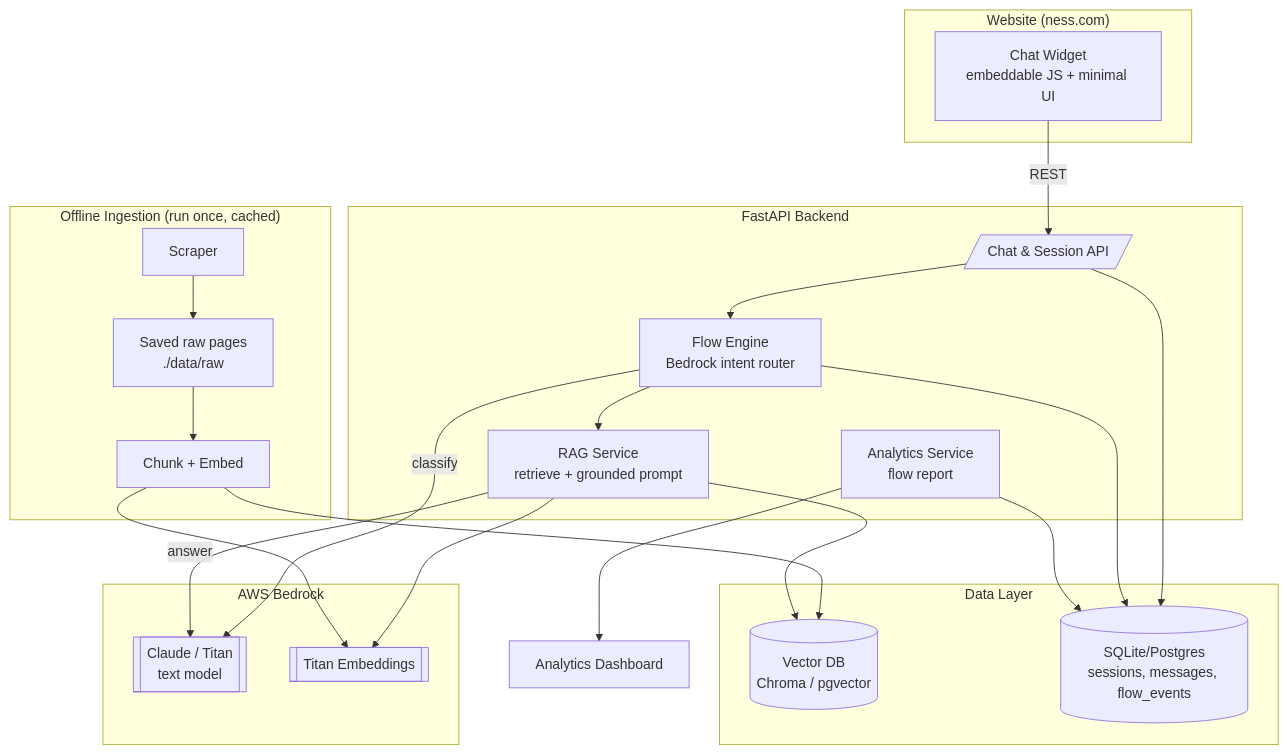
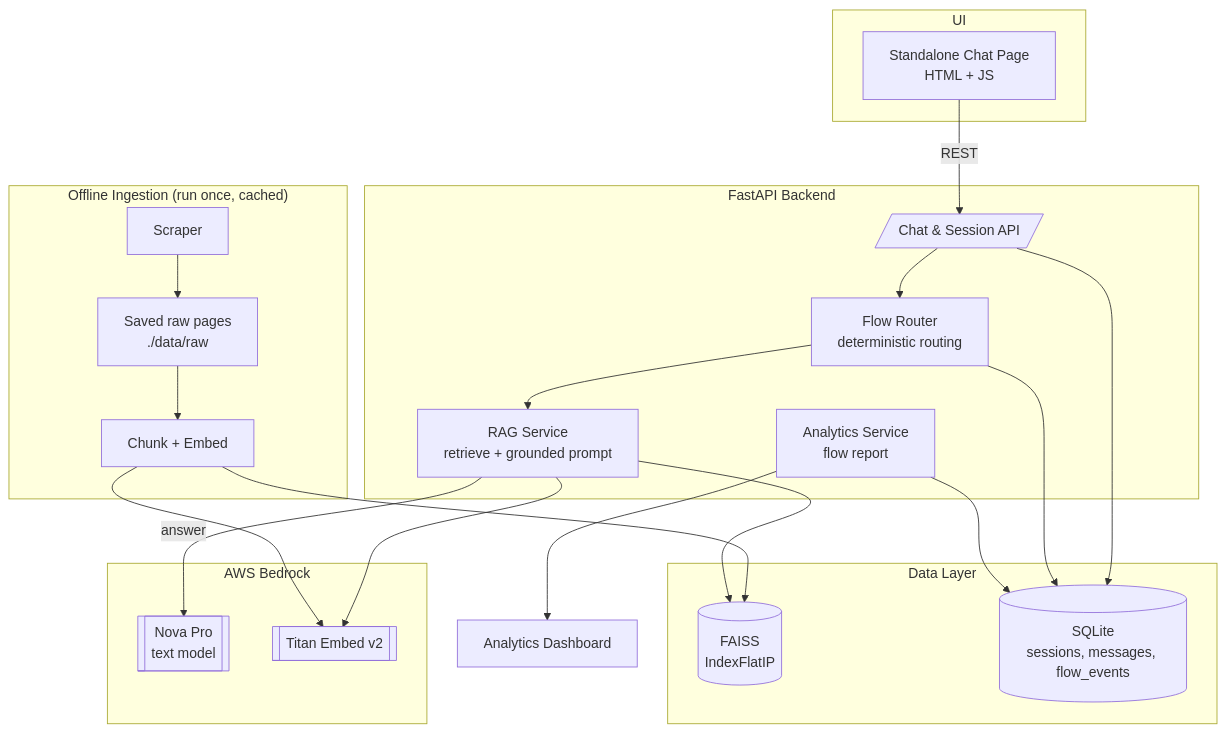
The first of 4 diagrams in README.md (koppolu-teja-ness/hackathon), drawn with Mermaid before and after one commit. The commit also changed other lines of this file and 2 other files, not shown here.

Commit message:
Remove Hackathon.md and update README.md and plan.md to reflect changes in architecture and components for the Ness.com Bot.

````diff
--- a/README.md
+++ b/README.md
@@ -8,40 +8,39 @@
 ```mermaid
 flowchart TD
-    subgraph Client["Website (ness.com)"]
-        W[Chat Widget<br/>embeddable JS + minimal UI]
+    subgraph Client["UI"]
+        W[Standalone Chat Page<br/>HTML + JS]
     end
 
     subgraph Backend["FastAPI Backend"]
         API[/Chat & Session API/]
-        FE[Flow Engine<br/>Bedrock intent router]
+        FE[Flow Router<br/>deterministic routing]
         RAG[RAG Service<br/>retrieve + grounded prompt]
         ANL[Analytics Service<br/>flow report]
     end
 
     subgraph AWS["AWS Bedrock"]
-        LLM[[Claude / Titan<br/>text model]]
-        EMB[[Titan Embeddings]]
+        LLM[[Nova Pro<br/>text model]]
+        EMB[[Titan Embed v2]]
     end
 
     subgraph Data["Data Layer"]
-        VDB[(Vector DB<br/>Chroma / pgvector)]
-        DB[(SQLite/Postgres<br/>sessions, messages, flow_events)]
+        VDB[(FAISS<br/>IndexFlatIP)]
+        DB[(SQLite<br/>sessions, messages, flow_events)]
     end
 
     subgraph Ingest["Offline Ingestion (run once, cached)"]
         SC[Scraper] --> RAW[Saved raw pages<br/>./data/raw] --> CH[Chunk + Embed] --> VDB
     end
 
     W -->|REST| API
     API --> FE
-    FE -->|classify| LLM
     FE --> RAG
     RAG --> VDB
     RAG --> EMB
     RAG -->|answer| LLM
     API --> DB
     FE --> DB
     ANL --> DB
     ANL --> Dash[Analytics Dashboard]
     CH --> EMB
 ```
````
